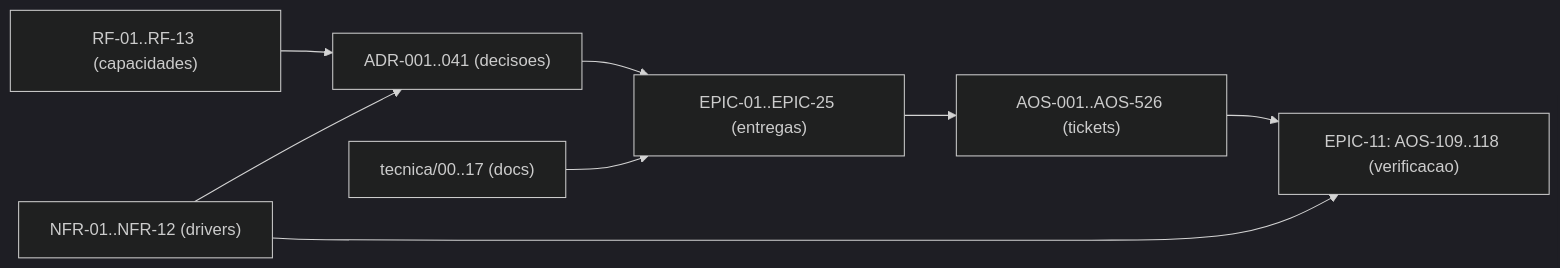
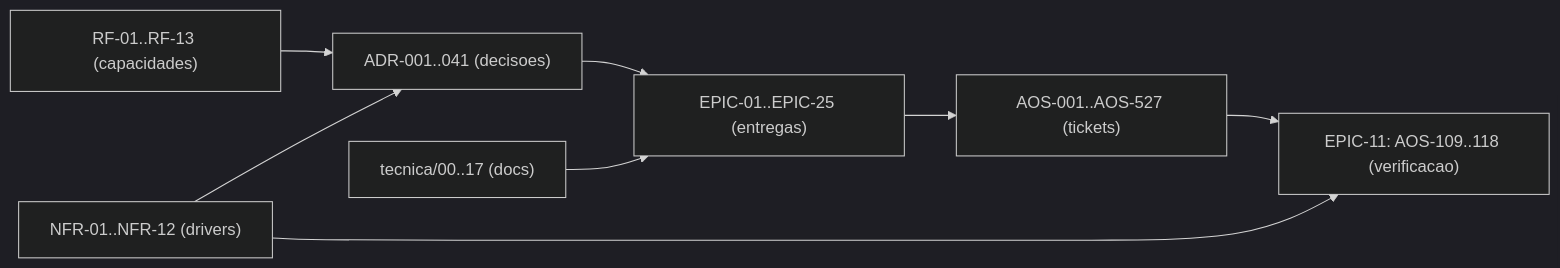
The diagram in tecnica/16_Rastreabilidade_RTM.md (albinoJimy/aos), drawn with Mermaid (dark theme) before and after one commit. The commit also changed other lines of this file and 9 other files, not shown here.

````diff
--- a/tecnica/16_Rastreabilidade_RTM.md
+++ b/tecnica/16_Rastreabilidade_RTM.md
@@ -209,10 +209,10 @@
 ```mermaid
 flowchart LR
     RF["RF-01..RF-13 (capacidades)"] --> ADR["ADR-001..041 (decisoes)"]
     NFR["NFR-01..NFR-12 (drivers)"] --> ADR
     ADR --> EPIC["EPIC-01..EPIC-25 (entregas)"]
-    EPIC --> TICK["AOS-001..AOS-526 (tickets)"]
+    EPIC --> TICK["AOS-001..AOS-527 (tickets)"]
     DOC["tecnica/00..17 (docs)"] --> EPIC
     TICK --> TEST["EPIC-11: AOS-109..118 (verificacao)"]
     NFR --> TEST
 ```
````
